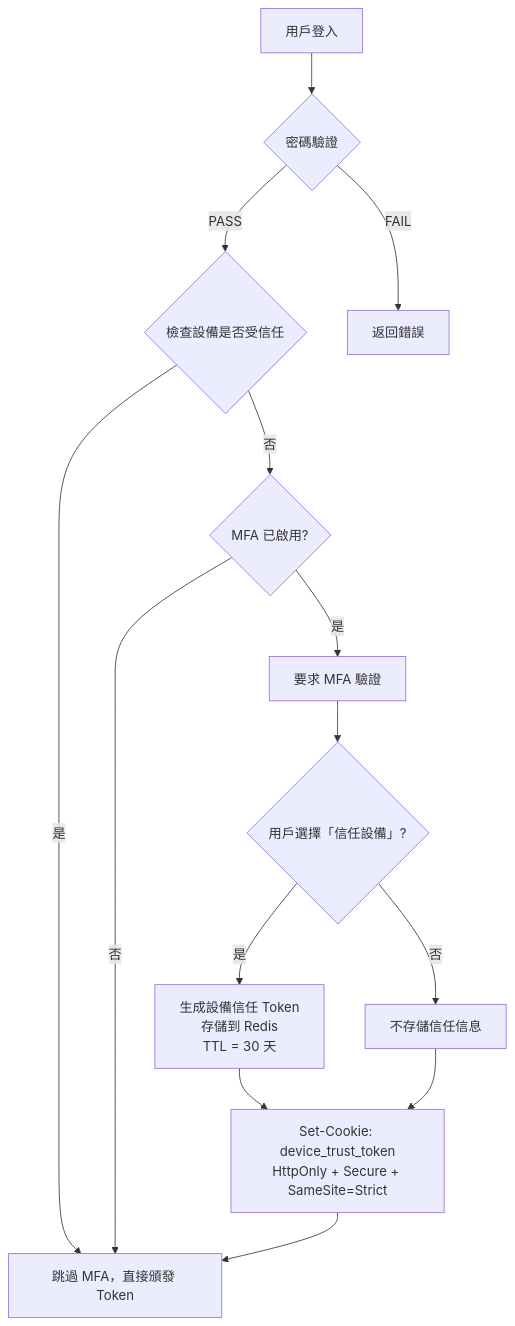
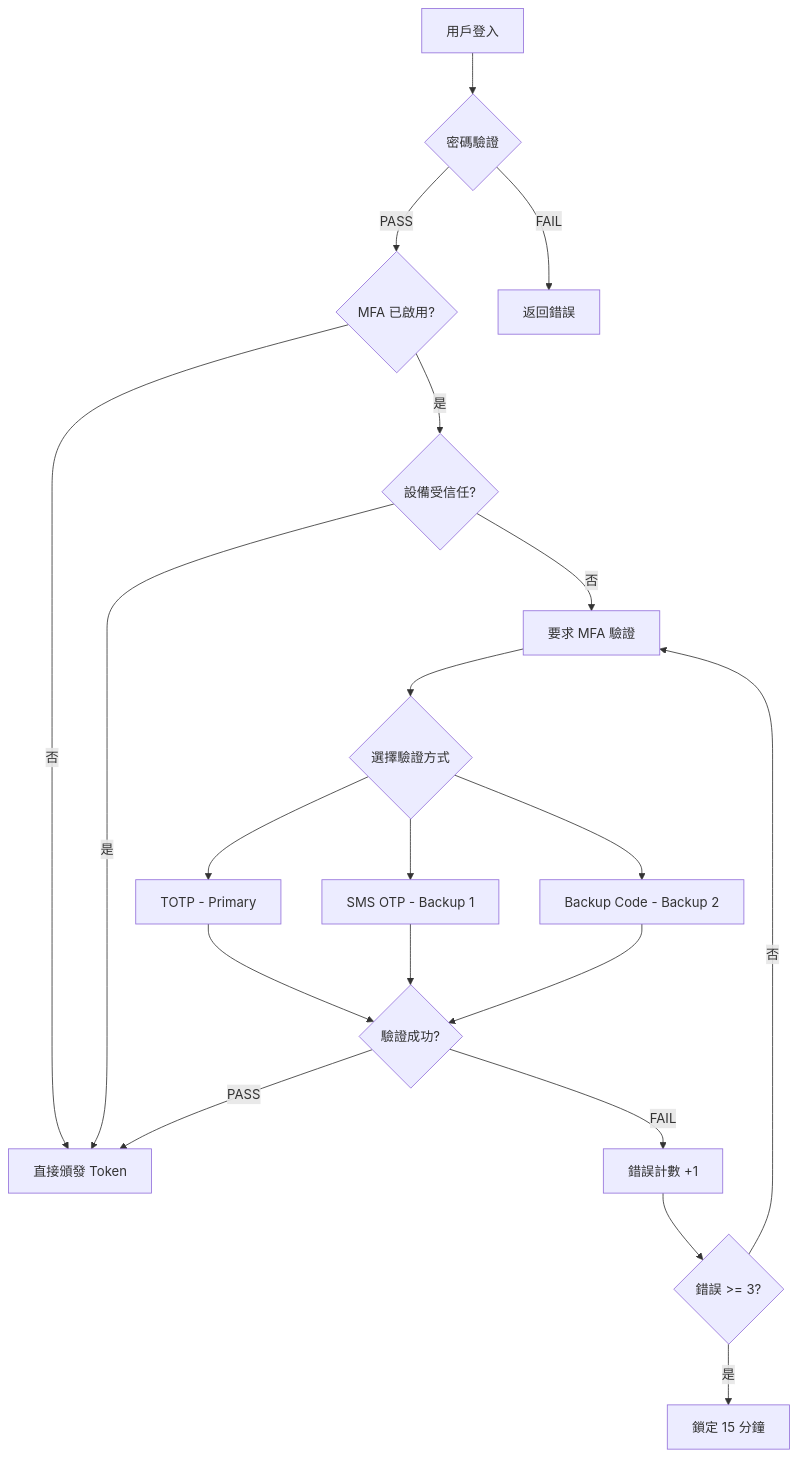
The diagram in docs/iGaming/06_Platform_Governance/06-06_MFA_Implementation.md (ron03wlb/smart-admin), drawn with Mermaid before and after one commit. The commit also changed other lines of this file and 71 other files, not shown here.

First line of the commit message:
docs(iGaming): restructure documentation architecture

````diff
--- a/docs/iGaming/06_Platform_Governance/06-06_MFA_Implementation.md
+++ b/docs/iGaming/06_Platform_Governance/06-06_MFA_Implementation.md
@@ -834,20 +80,27 @@
 ```mermaid
 graph TD
     A[用戶登入] --> B{密碼驗證}
-    B -->|PASS| C{檢查設備是否受信任}
+    B -->|PASS| C{MFA 已啟用?}
     B -->|FAIL| Z[返回錯誤]
 
-    C -->|是| D[跳過 MFA，直接頒發 Token]
-    C -->|否| E{MFA 已啟用?}
+    C -->|是| D{設備受信任?}
+    C -->|否| G[直接頒發 Token]
 
-    E -->|是| F[要求 MFA 驗證]
-    E -->|否| D
+    D -->|是| G
+    D -->|否| E[要求 MFA 驗證]
 
-    F --> G{用戶選擇「信任設備」?}
-    G -->|是| H[生成設備信任 Token<br/>存儲到 Redis<br/>TTL = 30 天]
-    G -->|否| I[不存儲信任信息]
+    E --> F{選擇驗證方式}
+    F --> F1[TOTP - Primary]
+    F --> F2[SMS OTP - Backup 1]
+    F --> F3[Backup Code - Backup 2]
 
-    H --> J[Set-Cookie: device_trust_token<br/>HttpOnly + Secure + SameSite=Strict]
-    I --> J
-    J --> D
+    F1 --> H{驗證成功?}
+    F2 --> H
+    F3 --> H
+
+    H -->|PASS| G
+    H -->|FAIL| I[錯誤計數 +1]
+    I --> J{錯誤 >= 3?}
+    J -->|是| K[鎖定 15 分鐘]
+    J -->|否| E
 ```
````
